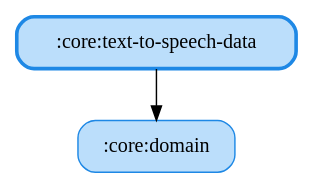
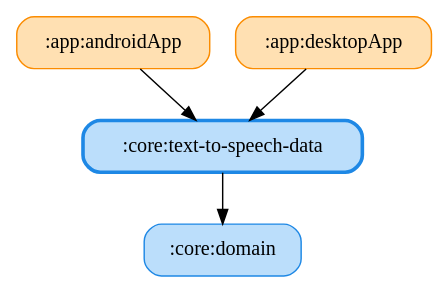
The diagram in docs/graphs/core-text-to-speech-data.gv (ai-kurou/KoDriver), drawn with Graphviz before and after one commit. The commit also changed 7 other files, not shown here.

Commit message:
chore: update module graph images

```diff
--- a/docs/graphs/core-text-to-speech-data.gv
+++ b/docs/graphs/core-text-to-speech-data.gv
@@ -1,7 +1,11 @@
 digraph G {
   rankdir=TB
   node [shape=box, style="rounded,filled"]
+  ":app:androidApp" [fillcolor="#FFE0B2", color="#FB8C00", penwidth=1]
+  ":app:desktopApp" [fillcolor="#FFE0B2", color="#FB8C00", penwidth=1]
   ":core:domain" [fillcolor="#BBDEFB", color="#1E88E5", penwidth=1]
   ":core:text-to-speech-data" [fillcolor="#BBDEFB", color="#1E88E5", penwidth=2.5]
+  ":app:androidApp" -> ":core:text-to-speech-data"
+  ":app:desktopApp" -> ":core:text-to-speech-data"
   ":core:text-to-speech-data" -> ":core:domain"
 }
```
